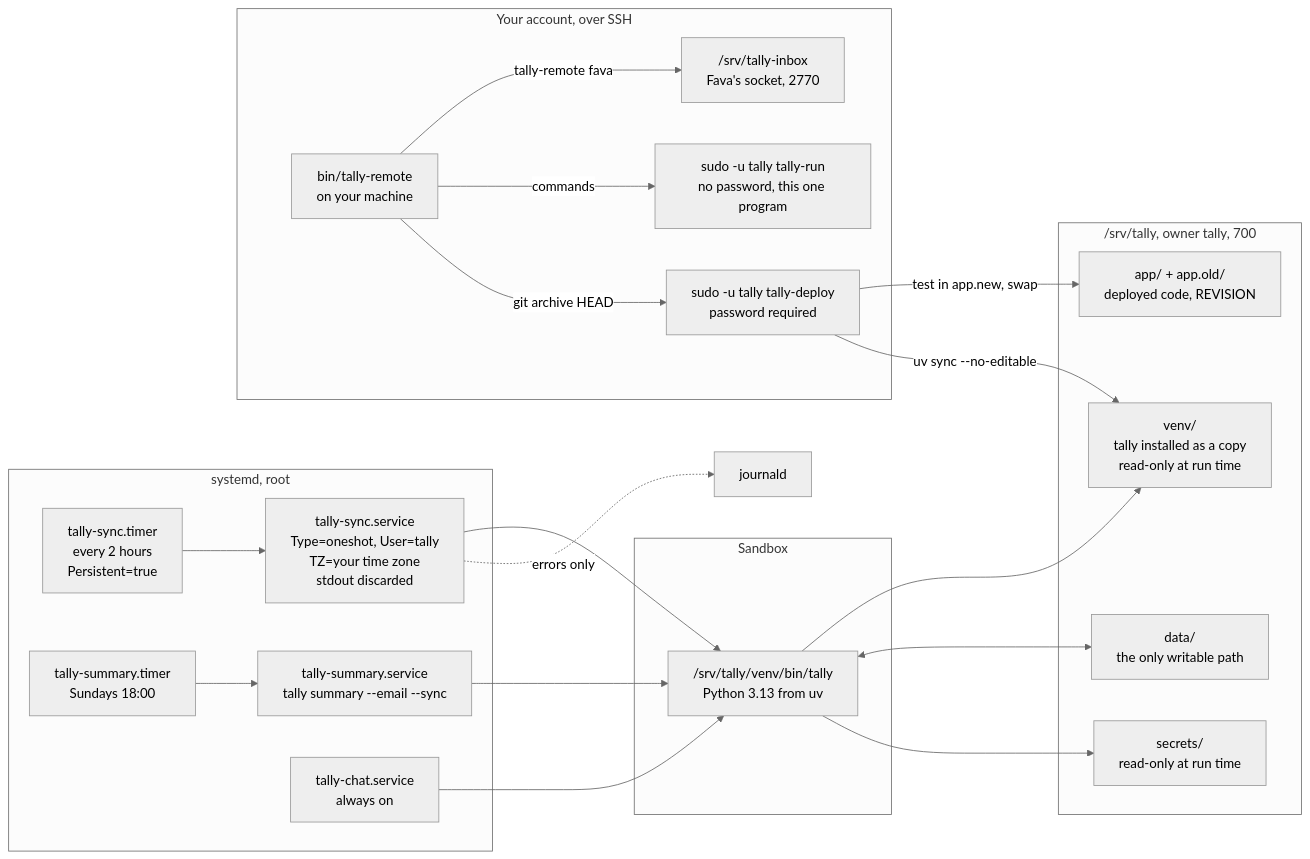
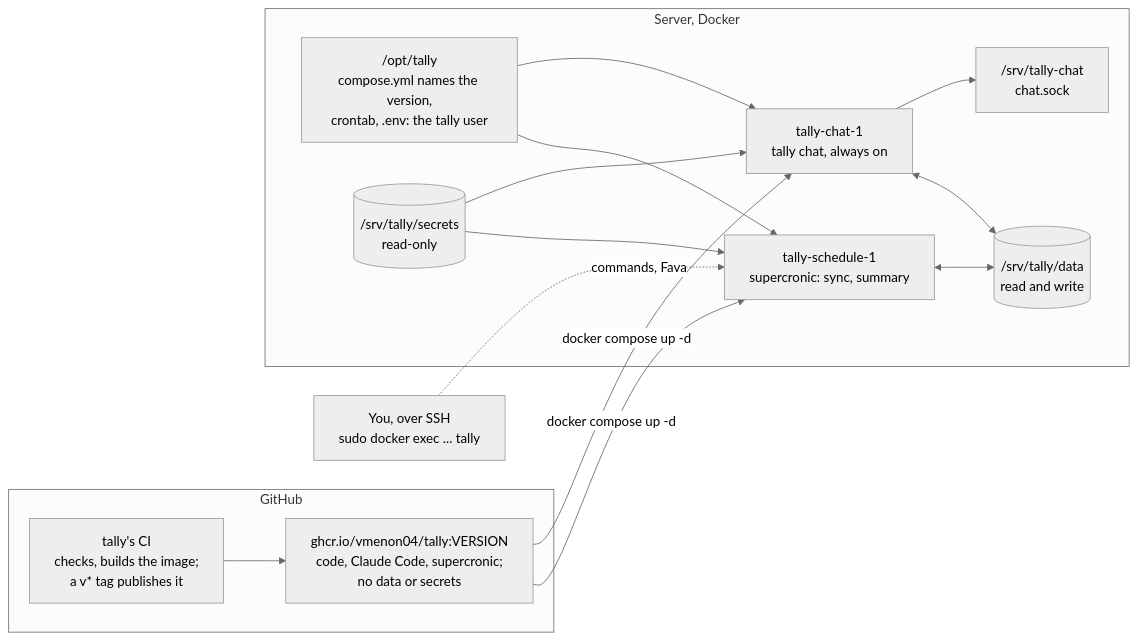
The sixth of 6 diagrams in docs/architecture.md (vmenon04/tally), drawn with Mermaid (neutral theme) before and after one commit. The commit also changed other lines of this file and 13 other files, not shown here.

Commit message:
Run tally on a server from its image with Docker Compose, and drop the systemd units and tally-deploy

````diff
--- a/docs/architecture.md
+++ b/docs/architecture.md
@@ -225,42 +225,30 @@
 ```mermaid
 flowchart LR
-    subgraph systemd["systemd, root"]
-        sync_timer["tally-sync.timer<br/>every 2 hours<br/>Persistent=true"]
-        sync_service["tally-sync.service<br/>Type=oneshot, User=tally<br/>TZ=your time zone<br/>stdout discarded"]
-        summary_timer["tally-summary.timer<br/>Sundays 18:00"]
-        summary_service["tally-summary.service<br/>tally summary --email --sync"]
-        chat_service["tally-chat.service<br/>always on"]
+    subgraph github["GitHub"]
+        ci["tally's CI<br/>checks, builds the image;<br/>a v* tag publishes it"]
+        image["ghcr.io/vmenon04/tally:VERSION<br/>code, Claude Code, supercronic;<br/>no data or secrets"]
     end
 
-    subgraph sandbox["Sandbox"]
-        bin["/srv/tally/venv/bin/tally<br/>Python 3.13 from uv"]
+    subgraph server["Server, Docker"]
+        compose["/opt/tally<br/>compose.yml names the version,<br/>crontab, .env: the tally user"]
+        schedule["tally-schedule-1<br/>supercronic: sync, summary"]
+        chat["tally-chat-1<br/>tally chat, always on"]
+        datadir[("/srv/tally/data<br/>read and write")]
+        secretsdir[("/srv/tally/secrets<br/>read-only")]
+        sock["/srv/tally-chat<br/>chat.sock"]
     end
 
-    subgraph fs["/srv/tally, owner tally, 700"]
-        venv["venv/<br/>tally installed as a copy<br/>read-only at run time"]
-        app["app/ + app.old/<br/>deployed code, REVISION"]
-        datadir["data/<br/>the only writable path"]
-        secretsdir["secrets/<br/>read-only at run time"]
-    end
+    you["You, over SSH<br/>sudo docker exec ... tally"]
 
-    subgraph you["Your account, over SSH"]
-        remote["bin/tally-remote<br/>on your machine"]
-        drop["/srv/tally-inbox<br/>Fava's socket, 2770"]
-        run["sudo -u tally tally-run<br/>no password, this one program"]
-        deploy["sudo -u tally tally-deploy<br/>password required"]
-    end
-
-    sync_timer --> sync_service --> bin
-    summary_timer --> summary_service --> bin
-    chat_service --> bin
-    bin --> venv
-    bin <--> datadir
-    bin --> secretsdir
-    sync_service -. "errors only" .-> journal["journald"]
-
-    remote -- "tally-remote fava" --> drop
-    remote -- "commands" --> run
-    remote -- "git archive HEAD" --> deploy
-    deploy -- "test in app.new, swap" --> app
-    deploy -- "uv sync --no-editable" --> venv
+    ci --> image
+    image -- "docker compose up -d" --> schedule
+    image -- "docker compose up -d" --> chat
+    compose --> schedule
+    compose --> chat
+    schedule <--> datadir
+    chat <--> datadir
+    secretsdir --> schedule
+    secretsdir --> chat
+    chat --> sock
+    you -. "commands, Fava" .-> schedule
 ```
````
